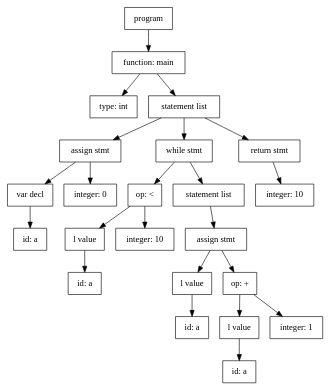
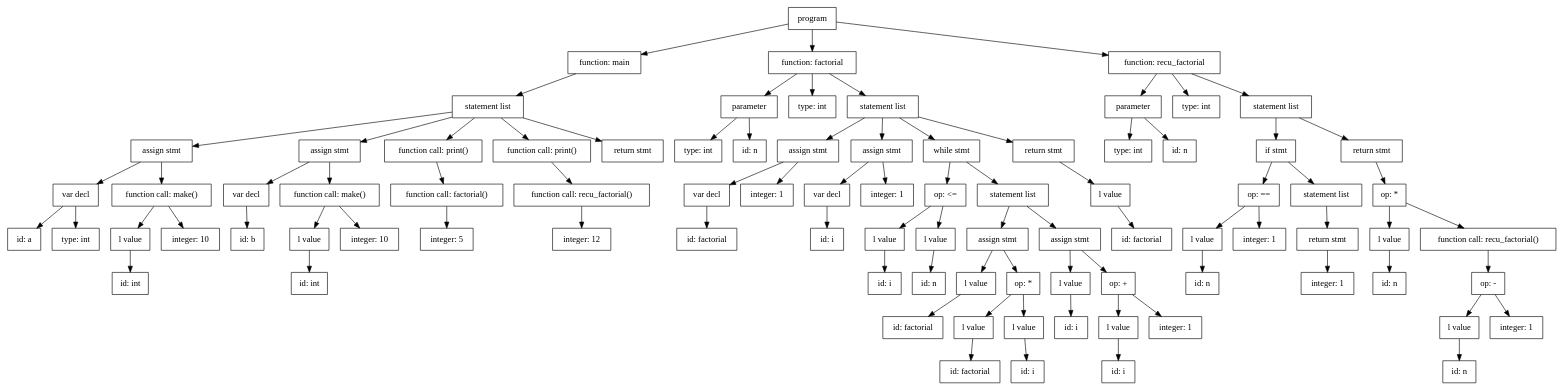
The diagram in ast.dot (abhicv/bee_lang), drawn with Graphviz before and after one commit. The commit also changed 6 other files, not shown here.

```diff
--- a/ast.dot
+++ b/ast.dot
@@ -1,47 +1,175 @@
 digraph AST {
-	NODE_TYPE_ANNOTATION_0 [shape=rectangle, label="type: int"]
-	NODE_IDENTIFIER_1 [shape=rectangle, label="id: a"]
+	NODE_IDENTIFIER_0 [shape=rectangle, label="id: a"]
+	NODE_TYPE_ANNOTATION_1 [shape=rectangle, label="type: int"]
 	NODE_VARIABLE_DECLARATION_2 [shape=rectangle, label="var decl"]
-	NODE_INTEGER_CONSTANT_3 [shape=rectangle, label="integer: 0"]
-	NODE_ASSIGN_STATEMENT_4 [shape=rectangle, label="assign stmt"]
-	NODE_IDENTIFIER_5 [shape=rectangle, label="id: a"]
-	NODE_L_VALUE_6 [shape=rectangle, label="l value"]
-	NODE_INTEGER_CONSTANT_7 [shape=rectangle, label="integer: 10"]
-	NODE_OPERATOR_8 [shape=rectangle, label="op: <"]
-	NODE_IDENTIFIER_9 [shape=rectangle, label="id: a"]
-	NODE_L_VALUE_10 [shape=rectangle, label="l value"]
-	NODE_IDENTIFIER_11 [shape=rectangle, label="id: a"]
-	NODE_L_VALUE_12 [shape=rectangle, label="l value"]
-	NODE_INTEGER_CONSTANT_13 [shape=rectangle, label="integer: 1"]
-	NODE_OPERATOR_14 [shape=rectangle, label="op: +"]
-	NODE_ASSIGN_STATEMENT_15 [shape=rectangle, label="assign stmt"]
-	NODE_STATEMENT_LIST_16 [shape=rectangle, label="statement list"]
-	NODE_WHILE_STATEMENT_17 [shape=rectangle, label="while stmt"]
-	NODE_INTEGER_CONSTANT_18 [shape=rectangle, label="integer: 10"]
-	NODE_RETURN_STATEMENT_19 [shape=rectangle, label="return stmt"]
-	NODE_STATEMENT_LIST_20 [shape=rectangle, label="statement list"]
-	NODE_FUNCTION_DEFINITION_21 [shape=rectangle, label="function: main"]
-	NODE_PROGRAM_22 [shape=rectangle, label="program"]
-	NODE_PROGRAM_22 -> NODE_FUNCTION_DEFINITION_21
-	NODE_FUNCTION_DEFINITION_21 -> NODE_TYPE_ANNOTATION_0
-	NODE_FUNCTION_DEFINITION_21 -> NODE_STATEMENT_LIST_20
-	NODE_STATEMENT_LIST_20 -> NODE_ASSIGN_STATEMENT_4
-	NODE_ASSIGN_STATEMENT_4 -> NODE_VARIABLE_DECLARATION_2
-	NODE_VARIABLE_DECLARATION_2 -> NODE_IDENTIFIER_1
-	NODE_ASSIGN_STATEMENT_4 -> NODE_INTEGER_CONSTANT_3
-	NODE_STATEMENT_LIST_20 -> NODE_WHILE_STATEMENT_17
-	NODE_WHILE_STATEMENT_17 -> NODE_OPERATOR_8
-	NODE_OPERATOR_8 -> NODE_L_VALUE_6
-	NODE_L_VALUE_6 -> NODE_IDENTIFIER_5
-	NODE_OPERATOR_8 -> NODE_INTEGER_CONSTANT_7
-	NODE_WHILE_STATEMENT_17 -> NODE_STATEMENT_LIST_16
-	NODE_STATEMENT_LIST_16 -> NODE_ASSIGN_STATEMENT_15
-	NODE_ASSIGN_STATEMENT_15 -> NODE_L_VALUE_10
-	NODE_L_VALUE_10 -> NODE_IDENTIFIER_9
-	NODE_ASSIGN_STATEMENT_15 -> NODE_OPERATOR_14
-	NODE_OPERATOR_14 -> NODE_L_VALUE_12
-	NODE_L_VALUE_12 -> NODE_IDENTIFIER_11
-	NODE_OPERATOR_14 -> NODE_INTEGER_CONSTANT_13
-	NODE_STATEMENT_LIST_20 -> NODE_RETURN_STATEMENT_19
-	NODE_RETURN_STATEMENT_19 -> NODE_INTEGER_CONSTANT_18
+	NODE_IDENTIFIER_3 [shape=rectangle, label="id: int"]
+	NODE_L_VALUE_4 [shape=rectangle, label="l value"]
+	NODE_INTEGER_CONSTANT_5 [shape=rectangle, label="integer: 10"]
+	NODE_FUNCTION_CALL_6 [shape=rectangle, label="function call: make()"]
+	NODE_ASSIGN_STATEMENT_7 [shape=rectangle, label="assign stmt"]
+	NODE_IDENTIFIER_8 [shape=rectangle, label="id: b"]
+	NODE_VARIABLE_DECLARATION_9 [shape=rectangle, label="var decl"]
+	NODE_IDENTIFIER_10 [shape=rectangle, label="id: int"]
+	NODE_L_VALUE_11 [shape=rectangle, label="l value"]
+	NODE_INTEGER_CONSTANT_12 [shape=rectangle, label="integer: 10"]
+	NODE_FUNCTION_CALL_13 [shape=rectangle, label="function call: make()"]
+	NODE_ASSIGN_STATEMENT_14 [shape=rectangle, label="assign stmt"]
+	NODE_INTEGER_CONSTANT_15 [shape=rectangle, label="integer: 5"]
+	NODE_FUNCTION_CALL_16 [shape=rectangle, label="function call: factorial()"]
+	NODE_FUNCTION_CALL_17 [shape=rectangle, label="function call: print()"]
+	NODE_INTEGER_CONSTANT_18 [shape=rectangle, label="integer: 12"]
+	NODE_FUNCTION_CALL_19 [shape=rectangle, label="function call: recu_factorial()"]
+	NODE_FUNCTION_CALL_20 [shape=rectangle, label="function call: print()"]
+	NODE_RETURN_STATEMENT_21 [shape=rectangle, label="return stmt"]
+	NODE_STATEMENT_LIST_22 [shape=rectangle, label="statement list"]
+	NODE_FUNCTION_DEFINITION_23 [shape=rectangle, label="function: main"]
+	NODE_TYPE_ANNOTATION_24 [shape=rectangle, label="type: int"]
+	NODE_IDENTIFIER_25 [shape=rectangle, label="id: n"]
+	NODE_PARAM_26 [shape=rectangle, label="parameter"]
+	NODE_TYPE_ANNOTATION_27 [shape=rectangle, label="type: int"]
+	NODE_IDENTIFIER_28 [shape=rectangle, label="id: factorial"]
+	NODE_VARIABLE_DECLARATION_29 [shape=rectangle, label="var decl"]
+	NODE_INTEGER_CONSTANT_30 [shape=rectangle, label="integer: 1"]
+	NODE_ASSIGN_STATEMENT_31 [shape=rectangle, label="assign stmt"]
+	NODE_IDENTIFIER_32 [shape=rectangle, label="id: i"]
+	NODE_VARIABLE_DECLARATION_33 [shape=rectangle, label="var decl"]
+	NODE_INTEGER_CONSTANT_34 [shape=rectangle, label="integer: 1"]
+	NODE_ASSIGN_STATEMENT_35 [shape=rectangle, label="assign stmt"]
+	NODE_IDENTIFIER_36 [shape=rectangle, label="id: i"]
+	NODE_L_VALUE_37 [shape=rectangle, label="l value"]
+	NODE_IDENTIFIER_38 [shape=rectangle, label="id: n"]
+	NODE_L_VALUE_39 [shape=rectangle, label="l value"]
+	NODE_OPERATOR_40 [shape=rectangle, label="op: <="]
+	NODE_IDENTIFIER_41 [shape=rectangle, label="id: factorial"]
+	NODE_L_VALUE_42 [shape=rectangle, label="l value"]
+	NODE_IDENTIFIER_43 [shape=rectangle, label="id: factorial"]
+	NODE_L_VALUE_44 [shape=rectangle, label="l value"]
+	NODE_IDENTIFIER_45 [shape=rectangle, label="id: i"]
+	NODE_L_VALUE_46 [shape=rectangle, label="l value"]
+	NODE_OPERATOR_47 [shape=rectangle, label="op: *"]
+	NODE_ASSIGN_STATEMENT_48 [shape=rectangle, label="assign stmt"]
+	NODE_IDENTIFIER_49 [shape=rectangle, label="id: i"]
+	NODE_L_VALUE_50 [shape=rectangle, label="l value"]
+	NODE_IDENTIFIER_51 [shape=rectangle, label="id: i"]
+	NODE_L_VALUE_52 [shape=rectangle, label="l value"]
+	NODE_INTEGER_CONSTANT_53 [shape=rectangle, label="integer: 1"]
+	NODE_OPERATOR_54 [shape=rectangle, label="op: +"]
+	NODE_ASSIGN_STATEMENT_55 [shape=rectangle, label="assign stmt"]
+	NODE_STATEMENT_LIST_56 [shape=rectangle, label="statement list"]
+	NODE_WHILE_STATEMENT_57 [shape=rectangle, label="while stmt"]
+	NODE_IDENTIFIER_58 [shape=rectangle, label="id: factorial"]
+	NODE_L_VALUE_59 [shape=rectangle, label="l value"]
+	NODE_RETURN_STATEMENT_60 [shape=rectangle, label="return stmt"]
+	NODE_STATEMENT_LIST_61 [shape=rectangle, label="statement list"]
+	NODE_FUNCTION_DEFINITION_62 [shape=rectangle, label="function: factorial"]
+	NODE_TYPE_ANNOTATION_63 [shape=rectangle, label="type: int"]
+	NODE_IDENTIFIER_64 [shape=rectangle, label="id: n"]
+	NODE_PARAM_65 [shape=rectangle, label="parameter"]
+	NODE_TYPE_ANNOTATION_66 [shape=rectangle, label="type: int"]
+	NODE_IDENTIFIER_67 [shape=rectangle, label="id: n"]
+	NODE_L_VALUE_68 [shape=rectangle, label="l value"]
+	NODE_INTEGER_CONSTANT_69 [shape=rectangle, label="integer: 1"]
+	NODE_OPERATOR_70 [shape=rectangle, label="op: =="]
+	NODE_INTEGER_CONSTANT_71 [shape=rectangle, label="integer: 1"]
+	NODE_RETURN_STATEMENT_72 [shape=rectangle, label="return stmt"]
+	NODE_STATEMENT_LIST_73 [shape=rectangle, label="statement list"]
+	NODE_IF_STATEMENT_74 [shape=rectangle, label="if stmt"]
+	NODE_IDENTIFIER_75 [shape=rectangle, label="id: n"]
+	NODE_L_VALUE_76 [shape=rectangle, label="l value"]
+	NODE_IDENTIFIER_77 [shape=rectangle, label="id: n"]
+	NODE_L_VALUE_78 [shape=rectangle, label="l value"]
+	NODE_INTEGER_CONSTANT_79 [shape=rectangle, label="integer: 1"]
+	NODE_OPERATOR_80 [shape=rectangle, label="op: -"]
+	NODE_FUNCTION_CALL_81 [shape=rectangle, label="function call: recu_factorial()"]
+	NODE_OPERATOR_82 [shape=rectangle, label="op: *"]
+	NODE_RETURN_STATEMENT_83 [shape=rectangle, label="return stmt"]
+	NODE_STATEMENT_LIST_84 [shape=rectangle, label="statement list"]
+	NODE_FUNCTION_DEFINITION_85 [shape=rectangle, label="function: recu_factorial"]
+	NODE_PROGRAM_86 [shape=rectangle, label="program"]
+	NODE_PROGRAM_86 -> NODE_FUNCTION_DEFINITION_23
+	NODE_FUNCTION_DEFINITION_23 -> NODE_STATEMENT_LIST_22
+	NODE_STATEMENT_LIST_22 -> NODE_ASSIGN_STATEMENT_7
+	NODE_ASSIGN_STATEMENT_7 -> NODE_VARIABLE_DECLARATION_2
+	NODE_VARIABLE_DECLARATION_2 -> NODE_IDENTIFIER_0
+	NODE_VARIABLE_DECLARATION_2 -> NODE_TYPE_ANNOTATION_1
+	NODE_ASSIGN_STATEMENT_7 -> NODE_FUNCTION_CALL_6
+	NODE_FUNCTION_CALL_6 -> NODE_L_VALUE_4
+	NODE_L_VALUE_4 -> NODE_IDENTIFIER_3
+	NODE_FUNCTION_CALL_6 -> NODE_INTEGER_CONSTANT_5
+	NODE_STATEMENT_LIST_22 -> NODE_ASSIGN_STATEMENT_14
+	NODE_ASSIGN_STATEMENT_14 -> NODE_VARIABLE_DECLARATION_9
+	NODE_VARIABLE_DECLARATION_9 -> NODE_IDENTIFIER_8
+	NODE_ASSIGN_STATEMENT_14 -> NODE_FUNCTION_CALL_13
+	NODE_FUNCTION_CALL_13 -> NODE_L_VALUE_11
+	NODE_L_VALUE_11 -> NODE_IDENTIFIER_10
+	NODE_FUNCTION_CALL_13 -> NODE_INTEGER_CONSTANT_12
+	NODE_STATEMENT_LIST_22 -> NODE_FUNCTION_CALL_17
+	NODE_FUNCTION_CALL_17 -> NODE_FUNCTION_CALL_16
+	NODE_FUNCTION_CALL_16 -> NODE_INTEGER_CONSTANT_15
+	NODE_STATEMENT_LIST_22 -> NODE_FUNCTION_CALL_20
+	NODE_FUNCTION_CALL_20 -> NODE_FUNCTION_CALL_19
+	NODE_FUNCTION_CALL_19 -> NODE_INTEGER_CONSTANT_18
+	NODE_STATEMENT_LIST_22 -> NODE_RETURN_STATEMENT_21
+	NODE_PROGRAM_86 -> NODE_FUNCTION_DEFINITION_62
+	NODE_FUNCTION_DEFINITION_62 -> NODE_PARAM_26
+	NODE_PARAM_26 -> NODE_IDENTIFIER_25
+	NODE_PARAM_26 -> NODE_TYPE_ANNOTATION_24
+	NODE_FUNCTION_DEFINITION_62 -> NODE_TYPE_ANNOTATION_27
+	NODE_FUNCTION_DEFINITION_62 -> NODE_STATEMENT_LIST_61
+	NODE_STATEMENT_LIST_61 -> NODE_ASSIGN_STATEMENT_31
+	NODE_ASSIGN_STATEMENT_31 -> NODE_VARIABLE_DECLARATION_29
+	NODE_VARIABLE_DECLARATION_29 -> NODE_IDENTIFIER_28
+	NODE_ASSIGN_STATEMENT_31 -> NODE_INTEGER_CONSTANT_30
+	NODE_STATEMENT_LIST_61 -> NODE_ASSIGN_STATEMENT_35
+	NODE_ASSIGN_STATEMENT_35 -> NODE_VARIABLE_DECLARATION_33
+	NODE_VARIABLE_DECLARATION_33 -> NODE_IDENTIFIER_32
+	NODE_ASSIGN_STATEMENT_35 -> NODE_INTEGER_CONSTANT_34
+	NODE_STATEMENT_LIST_61 -> NODE_WHILE_STATEMENT_57
+	NODE_WHILE_STATEMENT_57 -> NODE_OPERATOR_40
+	NODE_OPERATOR_40 -> NODE_L_VALUE_37
+	NODE_L_VALUE_37 -> NODE_IDENTIFIER_36
+	NODE_OPERATOR_40 -> NODE_L_VALUE_39
+	NODE_L_VALUE_39 -> NODE_IDENTIFIER_38
+	NODE_WHILE_STATEMENT_57 -> NODE_STATEMENT_LIST_56
+	NODE_STATEMENT_LIST_56 -> NODE_ASSIGN_STATEMENT_48
+	NODE_ASSIGN_STATEMENT_48 -> NODE_L_VALUE_42
+	NODE_L_VALUE_42 -> NODE_IDENTIFIER_41
+	NODE_ASSIGN_STATEMENT_48 -> NODE_OPERATOR_47
+	NODE_OPERATOR_47 -> NODE_L_VALUE_44
+	NODE_L_VALUE_44 -> NODE_IDENTIFIER_43
+	NODE_OPERATOR_47 -> NODE_L_VALUE_46
+	NODE_L_VALUE_46 -> NODE_IDENTIFIER_45
+	NODE_STATEMENT_LIST_56 -> NODE_ASSIGN_STATEMENT_55
+	NODE_ASSIGN_STATEMENT_55 -> NODE_L_VALUE_50
+	NODE_L_VALUE_50 -> NODE_IDENTIFIER_49
+	NODE_ASSIGN_STATEMENT_55 -> NODE_OPERATOR_54
+	NODE_OPERATOR_54 -> NODE_L_VALUE_52
+	NODE_L_VALUE_52 -> NODE_IDENTIFIER_51
+	NODE_OPERATOR_54 -> NODE_INTEGER_CONSTANT_53
+	NODE_STATEMENT_LIST_61 -> NODE_RETURN_STATEMENT_60
+	NODE_RETURN_STATEMENT_60 -> NODE_L_VALUE_59
+	NODE_L_VALUE_59 -> NODE_IDENTIFIER_58
+	NODE_PROGRAM_86 -> NODE_FUNCTION_DEFINITION_85
+	NODE_FUNCTION_DEFINITION_85 -> NODE_PARAM_65
+	NODE_PARAM_65 -> NODE_IDENTIFIER_64
+	NODE_PARAM_65 -> NODE_TYPE_ANNOTATION_63
+	NODE_FUNCTION_DEFINITION_85 -> NODE_TYPE_ANNOTATION_66
+	NODE_FUNCTION_DEFINITION_85 -> NODE_STATEMENT_LIST_84
+	NODE_STATEMENT_LIST_84 -> NODE_IF_STATEMENT_74
+	NODE_IF_STATEMENT_74 -> NODE_OPERATOR_70
+	NODE_OPERATOR_70 -> NODE_L_VALUE_68
+	NODE_L_VALUE_68 -> NODE_IDENTIFIER_67
+	NODE_OPERATOR_70 -> NODE_INTEGER_CONSTANT_69
+	NODE_IF_STATEMENT_74 -> NODE_STATEMENT_LIST_73
+	NODE_STATEMENT_LIST_73 -> NODE_RETURN_STATEMENT_72
+	NODE_RETURN_STATEMENT_72 -> NODE_INTEGER_CONSTANT_71
+	NODE_STATEMENT_LIST_84 -> NODE_RETURN_STATEMENT_83
+	NODE_RETURN_STATEMENT_83 -> NODE_OPERATOR_82
+	NODE_OPERATOR_82 -> NODE_L_VALUE_76
+	NODE_L_VALUE_76 -> NODE_IDENTIFIER_75
+	NODE_OPERATOR_82 -> NODE_FUNCTION_CALL_81
+	NODE_FUNCTION_CALL_81 -> NODE_OPERATOR_80
+	NODE_OPERATOR_80 -> NODE_L_VALUE_78
+	NODE_L_VALUE_78 -> NODE_IDENTIFIER_77
+	NODE_OPERATOR_80 -> NODE_INTEGER_CONSTANT_79
 }
```
